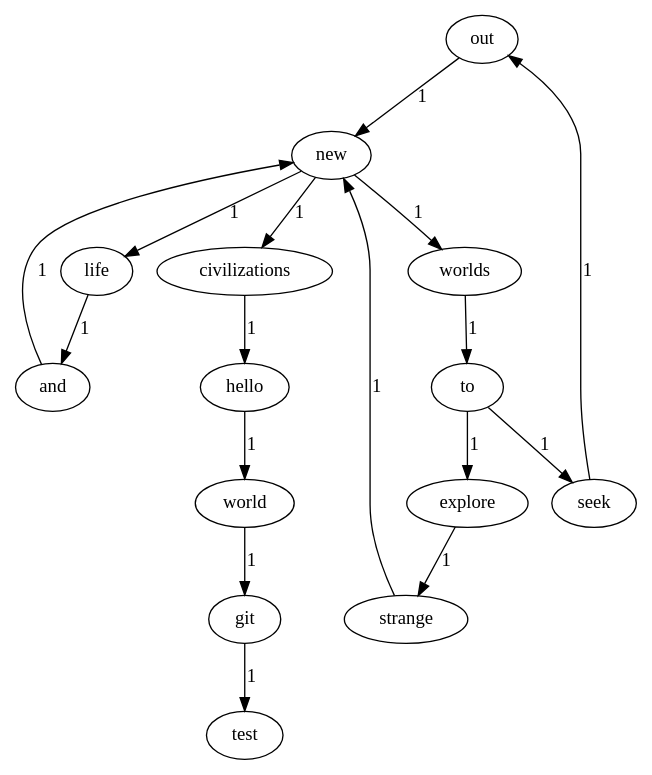
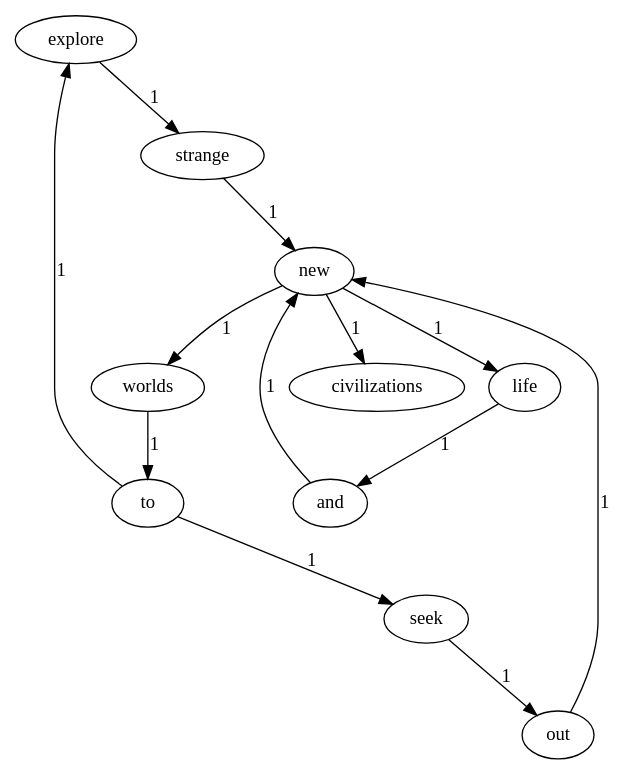
The diagram in output/graph.dot (frankhit2021/Lab1-2021110720), drawn with Graphviz before and after one commit. The commit also changed 3 other files, not shown here.

Commit message:
change the hello.txt and graph

```diff
--- a/output/graph.dot
+++ b/output/graph.dot
@@ -1,18 +1,14 @@
 digraph G {
+  explore -> strange [label="1"];
   out -> new [label="1"];
-  world -> git [label="1"];
+  life -> and [label="1"];
   and -> new [label="1"];
   strange -> new [label="1"];
-  git -> test [label="1"];
   worlds -> to [label="1"];
-  explore -> strange [label="1"];
-  life -> and [label="1"];
-  civilizations -> hello [label="1"];
-  hello -> world [label="1"];
   to -> explore [label="1"];
   to -> seek [label="1"];
   seek -> out [label="1"];
   new -> life [label="1"];
   new -> civilizations [label="1"];
   new -> worlds [label="1"];
 }
```
